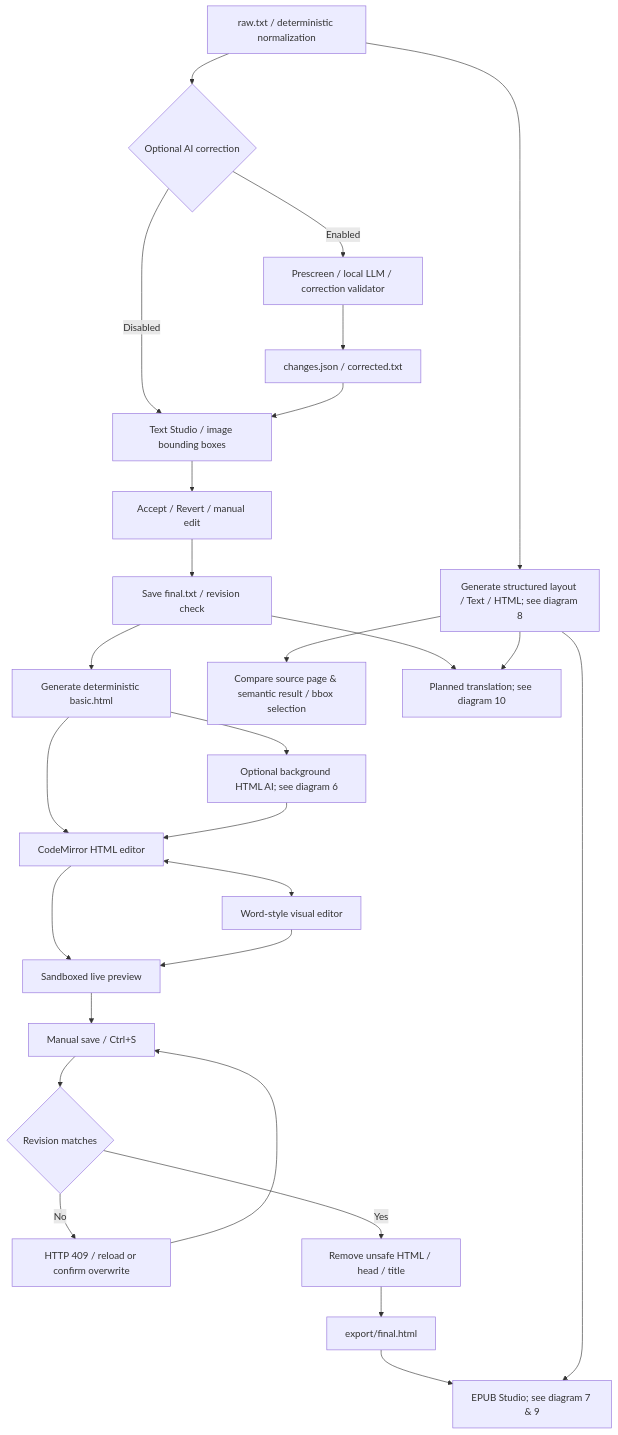
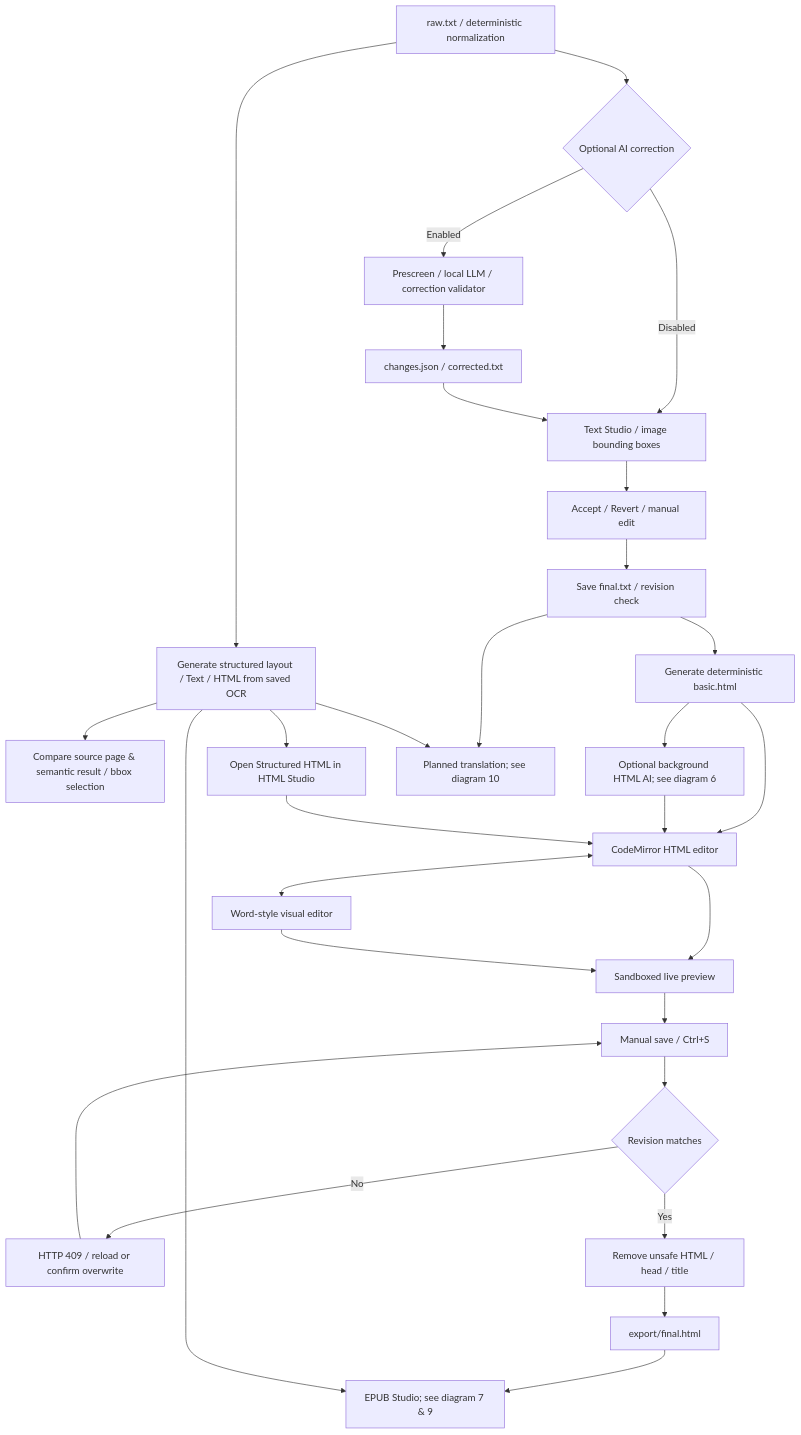
The third of 10 diagrams in readme.md (anuwatm/pdf-ocr-studio), drawn with Mermaid before and after one commit. The commit also changed other lines of this file and 18 other files, not shown here.

Commit message:
feat: enhance EPUB cover selection, 300MB uploads, structured OCR, and update docs

````diff
--- a/readme.md
+++ b/readme.md
@@ -192,29 +205,31 @@
 ```mermaid
 flowchart TD
     Raw["raw.txt / deterministic normalization"] --> Correction{"Optional AI correction"}
     Correction -->|Enabled| LLM["Prescreen / local LLM / correction validator"]
     Correction -->|Disabled| Review["Text Studio / image bounding boxes"]
     LLM --> Proposals["changes.json / corrected.txt"]
     Proposals --> Review
     Review --> Accept["Accept / Revert / manual edit"]
     Accept --> TextSave["Save final.txt / revision check"]
     TextSave --> Basic["Generate deterministic basic.html"]
-    Raw --> Structured["Generate structured layout / Text / HTML; see diagram 8"]
+    Raw --> Structured["Generate structured layout / Text / HTML from saved OCR"]
     Structured --> Compare["Compare source page & semantic result / bbox selection"]
     Basic --> AI["Optional background HTML AI; see diagram 6"]
     Basic --> Code["CodeMirror HTML editor"]
     AI --> Code
     Code <--> Visual["Word-style visual editor"]
     Code --> Preview["Sandboxed live preview"]
     Visual --> Preview
     Preview --> Save["Manual save / Ctrl+S"]
     Save --> Revision{"Revision matches"}
     Revision -->|No| Conflict["HTTP 409 / reload or confirm overwrite"]
     Conflict --> Save
     Revision -->|Yes| Sanitize["Remove unsafe HTML / head / title"]
     Sanitize --> Final["export/final.html"]
     Final --> EPUB["EPUB Studio; see diagram 7 & 9"]
+    Structured --> OpenStudio["Open Structured HTML in HTML Studio"]
+    OpenStudio --> Code
     Structured --> EPUB
     TextSave --> Translation["Planned translation; see diagram 10"]
     Structured --> Translation
 ```
````
